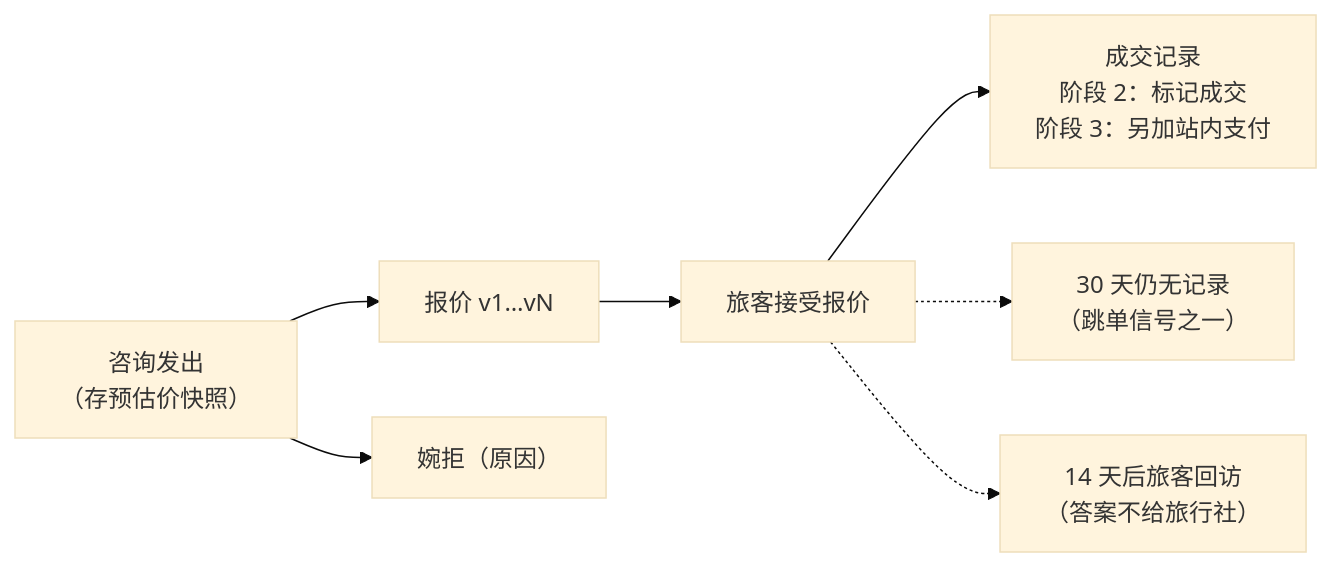
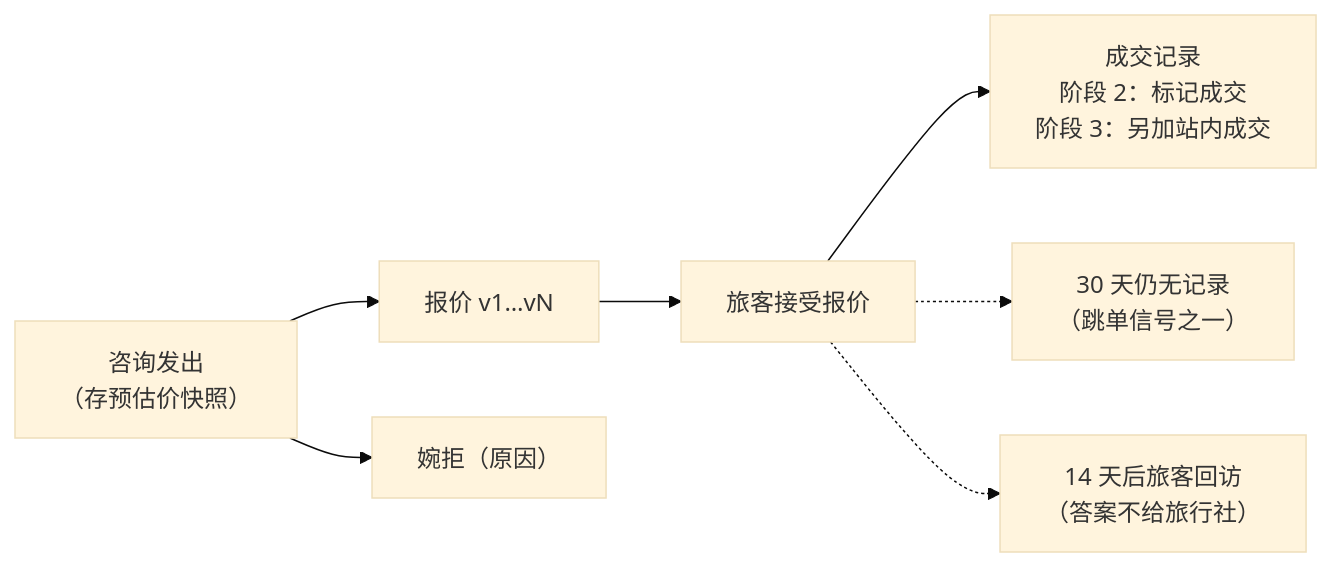
The third of 3 diagrams in docs/delivery/DLV-04-metrics-and-data-collection.md (JohnMaxwell0123/TripCraft), drawn with Mermaid (base theme) before and after one commit. The commit also changed other lines of this file and 2 other files, not shown here.

````diff
--- a/docs/delivery/DLV-04-metrics-and-data-collection.md
+++ b/docs/delivery/DLV-04-metrics-and-data-collection.md
@@ -191,9 +192,9 @@
 ```mermaid
 flowchart LR
     I["咨询发出<br/>（存预估价快照）"] --> Q["报价 v1…vN"]
     I --> D["婉拒（原因）"]
     Q --> A["旅客接受报价"]
-    A --> C["成交记录<br/>阶段 2：标记成交<br/>阶段 3：另加站内支付"]
+    A --> C["成交记录<br/>阶段 2：标记成交<br/>阶段 3：另加站内成交"]
     A -.-> N["30 天仍无记录<br/>（跳单信号之一）"]
     A -.-> S["14 天后旅客回访<br/>（答案不给旅行社）"]
 ```
````
